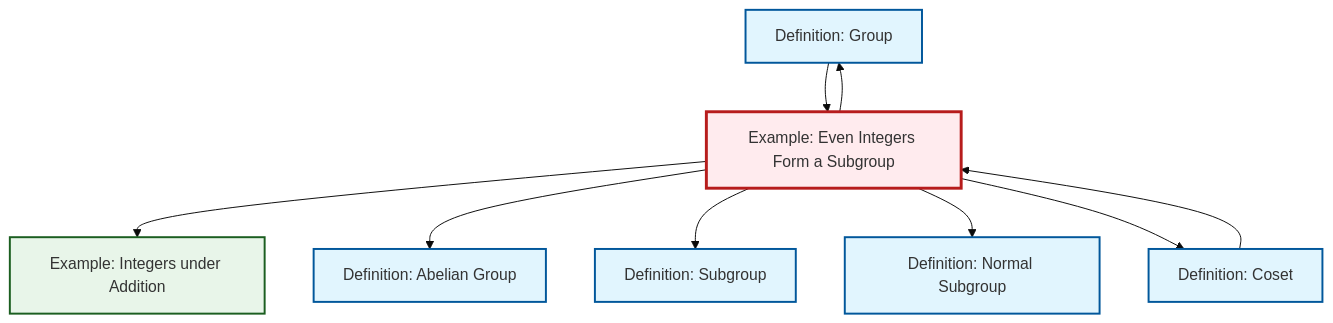
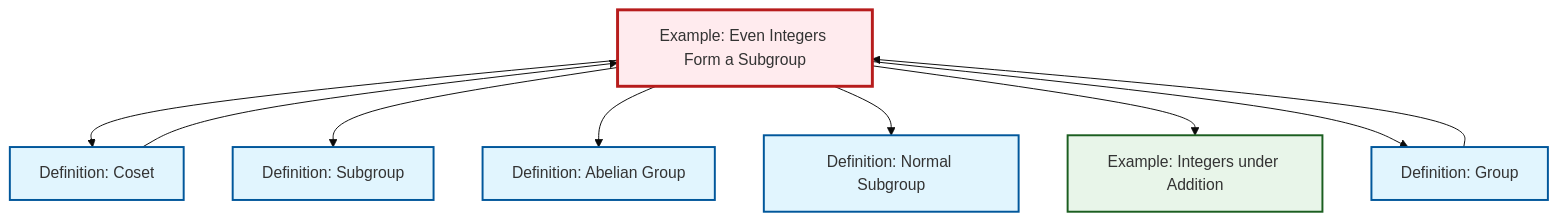
One commit to RK0429/ModernMath changed the diagram in content/ja/algebra/ex-even-integers-subgroup.qmd. Above: the diagram before and after it, drawn with Mermaid (base theme). The commit also changed other lines of this file and 554 other files, not shown here.

````diff
--- a/content/ja/algebra/ex-even-integers-subgroup.qmd
+++ b/content/ja/algebra/ex-even-integers-subgroup.qmd
@@ -52,31 +52,31 @@
 ```{mermaid}
 %%| fig-cap: "Local dependency graph"
 graph TD
     classDef definition fill:#e1f5fe,stroke:#01579b,stroke-width:2px
     classDef theorem fill:#f3e5f5,stroke:#4a148c,stroke-width:2px
     classDef axiom fill:#fff3e0,stroke:#e65100,stroke-width:2px
     classDef example fill:#e8f5e9,stroke:#1b5e20,stroke-width:2px
     classDef current fill:#ffebee,stroke:#b71c1c,stroke-width:3px
+    ex-even-integers-subgroup["Example: Even Integers Form a Subgroup"]:::example
     def-abelian-group["Definition: Abelian Group"]:::definition
+    def-subgroup["Definition: Subgroup"]:::definition
+    ex-integers-addition["Example: Integers under Addition"]:::example
+    def-group["Definition: Group"]:::definition
     def-normal-subgroup["Definition: Normal Subgroup"]:::definition
-    def-group["Definition: Group"]:::definition
-    def-subgroup["Definition: Subgroup"]:::definition
-    ex-even-integers-subgroup["Example: Even Integers Form a Subgroup"]:::example
-    ex-integers-addition["Example: Integers under Addition"]:::example
     def-coset["Definition: Coset"]:::definition
+    ex-even-integers-subgroup --> def-coset
+    def-coset --> ex-even-integers-subgroup
+    ex-even-integers-subgroup --> def-subgroup
+    def-group --> ex-even-integers-subgroup
+    ex-even-integers-subgroup --> def-abelian-group
+    ex-even-integers-subgroup --> def-normal-subgroup
     ex-even-integers-subgroup --> ex-integers-addition
-    def-coset --> ex-even-integers-subgroup
-    ex-even-integers-subgroup --> def-abelian-group
-    ex-even-integers-subgroup --> def-subgroup
-    ex-even-integers-subgroup --> def-normal-subgroup
     ex-even-integers-subgroup --> def-group
-    ex-even-integers-subgroup --> def-coset
-    def-group --> ex-even-integers-subgroup
     class ex-even-integers-subgroup current
     click def-abelian-group "def-abelian-group.html" "Definition: Abelian Groupへ"
-    click def-normal-subgroup "def-normal-subgroup.html" "Definition: Normal Subgroupへ"
-    click def-group "def-group.html" "Definition: Groupへ"
     click def-subgroup "def-subgroup.html" "Definition: Subgroupへ"
     click ex-integers-addition "ex-integers-addition.html" "Example: Integers under Additionへ"
+    click def-group "def-group.html" "Definition: Groupへ"
+    click def-normal-subgroup "def-normal-subgroup.html" "Definition: Normal Subgroupへ"
     click def-coset "def-coset.html" "Definition: Cosetへ"
 ```
````
